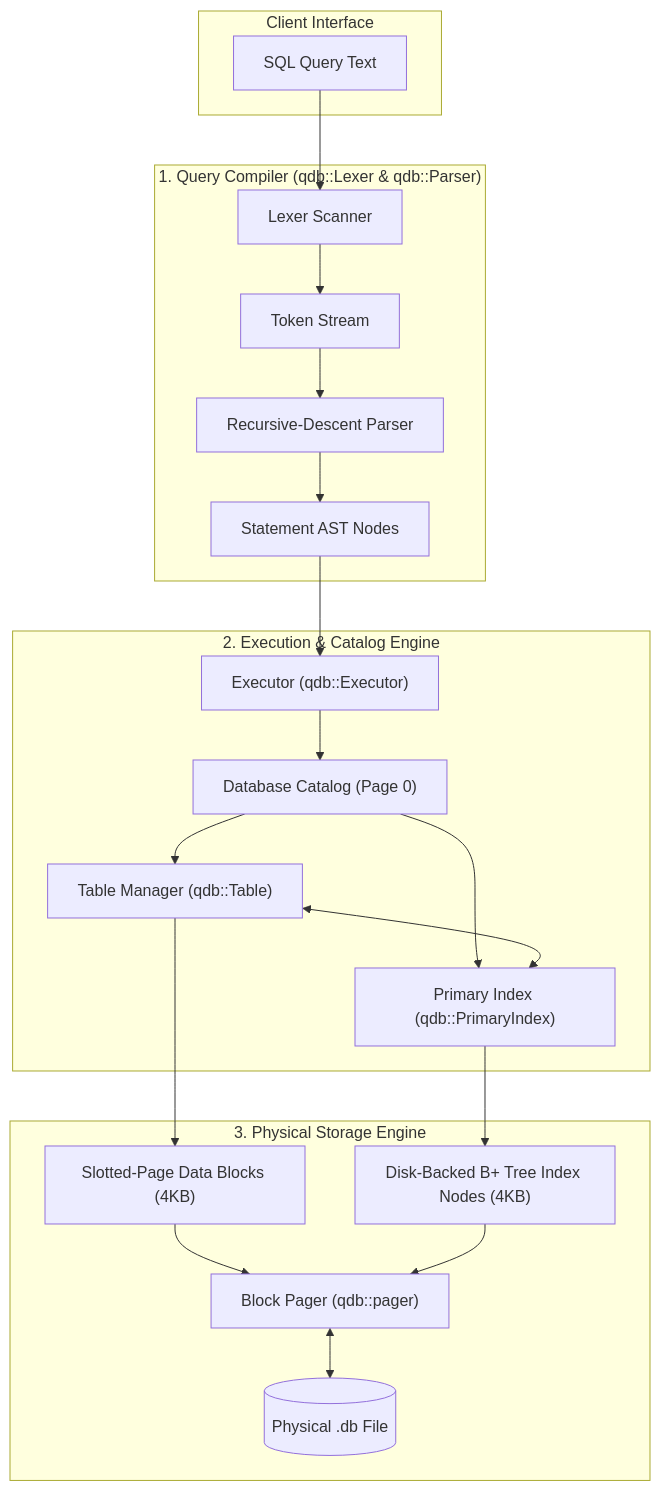
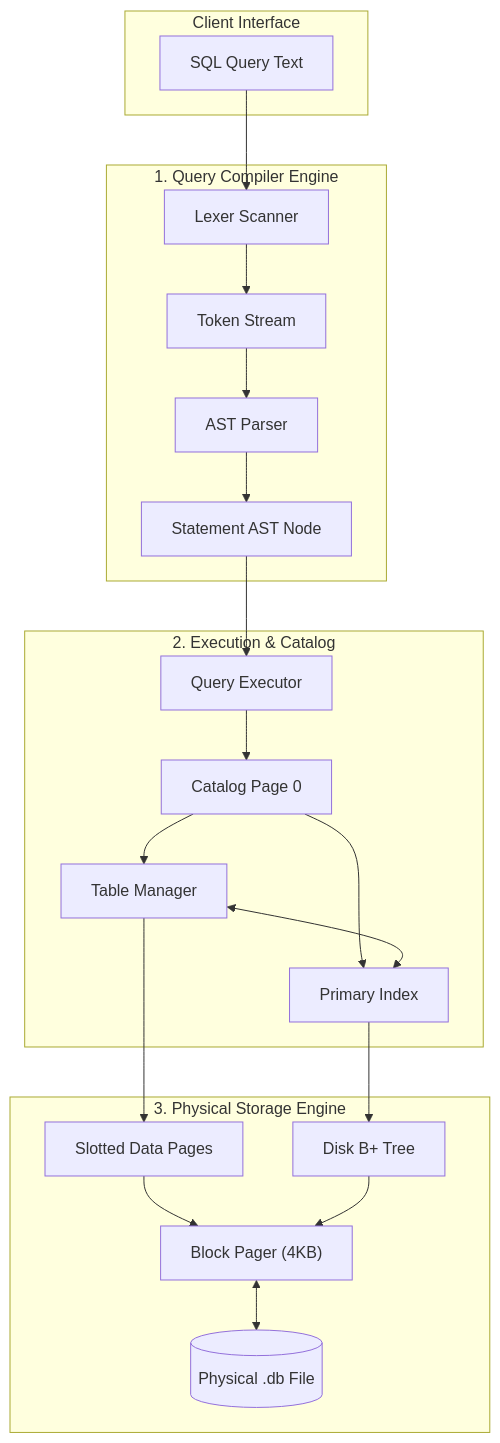
One commit to KAAZamapiloT/QUARTZ_DB changed the diagram in docs/concepts/architecture.md. Above: the diagram before and after it, drawn with Mermaid. The commit also changed 27 other files, not shown here.

````diff
--- a/docs/concepts/architecture.md
+++ b/docs/concepts/architecture.md
@@ -9,40 +9,40 @@
 ```mermaid
 graph TB
     subgraph Client ["Client Interface"]
         SQL["SQL Query Text"]
     end
 
-    subgraph Compiler ["1. Query Compiler (qdb::Lexer & qdb::Parser)"]
+    subgraph Compiler ["1. Query Compiler Engine"]
         LEX["Lexer Scanner"] --> TOK["Token Stream"]
-        TOK --> PARSE["Recursive-Descent Parser"]
-        PARSE --> AST["Statement AST Nodes"]
+        TOK --> PARSE["AST Parser"]
+        PARSE --> AST["Statement AST Node"]
     end
 
-    subgraph Runtime ["2. Execution & Catalog Engine"]
-        EXEC["Executor (qdb::Executor)"]
-        CATALOG["Database Catalog (Page 0)"]
-        TABLE["Table Manager (qdb::Table)"]
-        INDEX["Primary Index (qdb::PrimaryIndex)"]
+    subgraph Runtime ["2. Execution & Catalog"]
+        EXEC["Query Executor"]
+        CATALOG["Catalog Page 0"]
+        TABLE["Table Manager"]
+        INDEX["Primary Index"]
 
         AST --> EXEC
         EXEC --> CATALOG
         CATALOG --> TABLE
         CATALOG --> INDEX
         TABLE <--> INDEX
     end
 
     subgraph Physical ["3. Physical Storage Engine"]
-        SLOT["Slotted-Page Data Blocks (4KB)"]
-        BPT["Disk-Backed B+ Tree Index Nodes (4KB)"]
-        PAGER["Block Pager (qdb::pager)"]
+        SLOT["Slotted Data Pages"]
+        BPT["Disk B+ Tree"]
+        PAGER["Block Pager (4KB)"]
         DISK[("Physical .db File")]
 
         TABLE --> SLOT
         INDEX --> BPT
         SLOT --> PAGER
         BPT --> PAGER
         PAGER <--> DISK
     end
 
     SQL --> LEX
 ```
````
